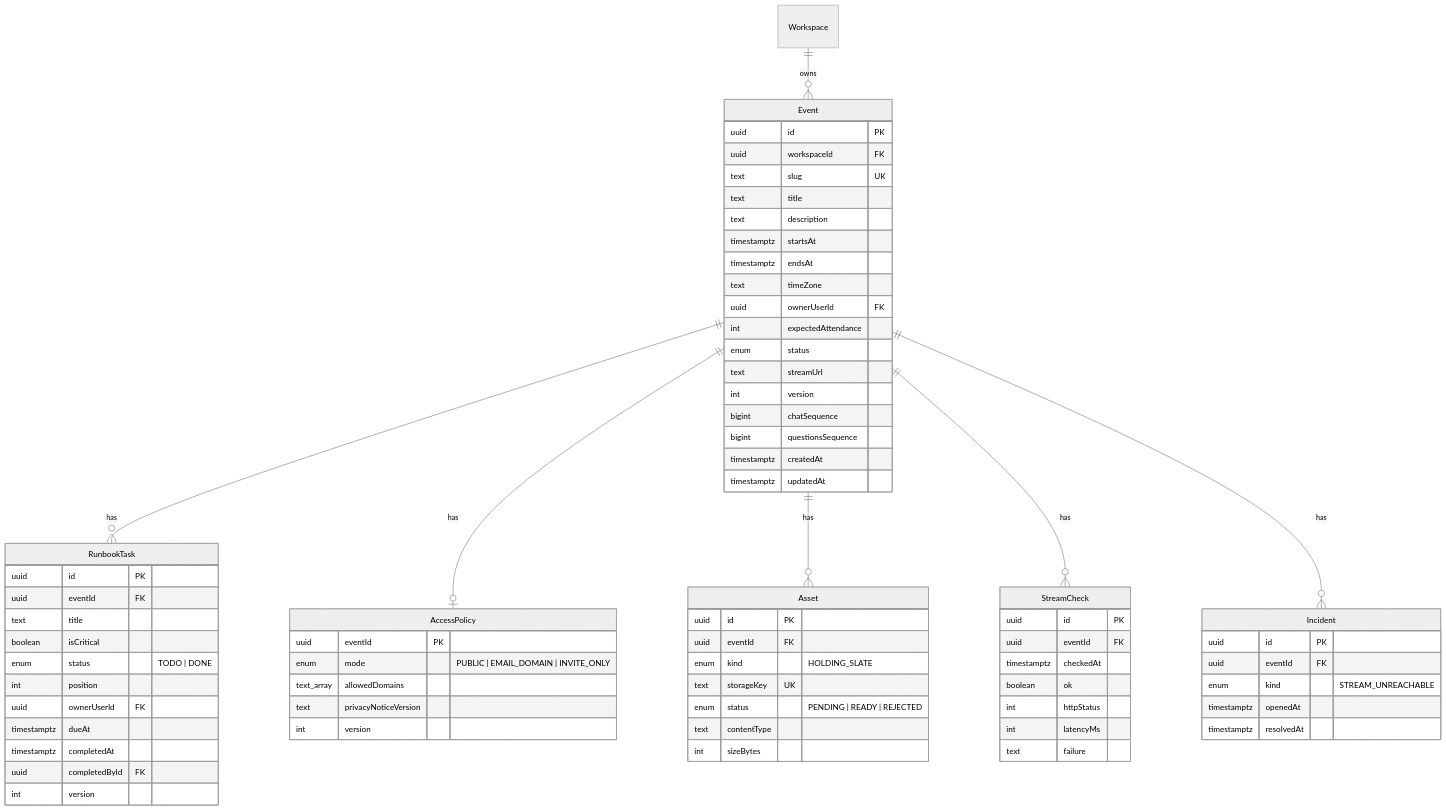
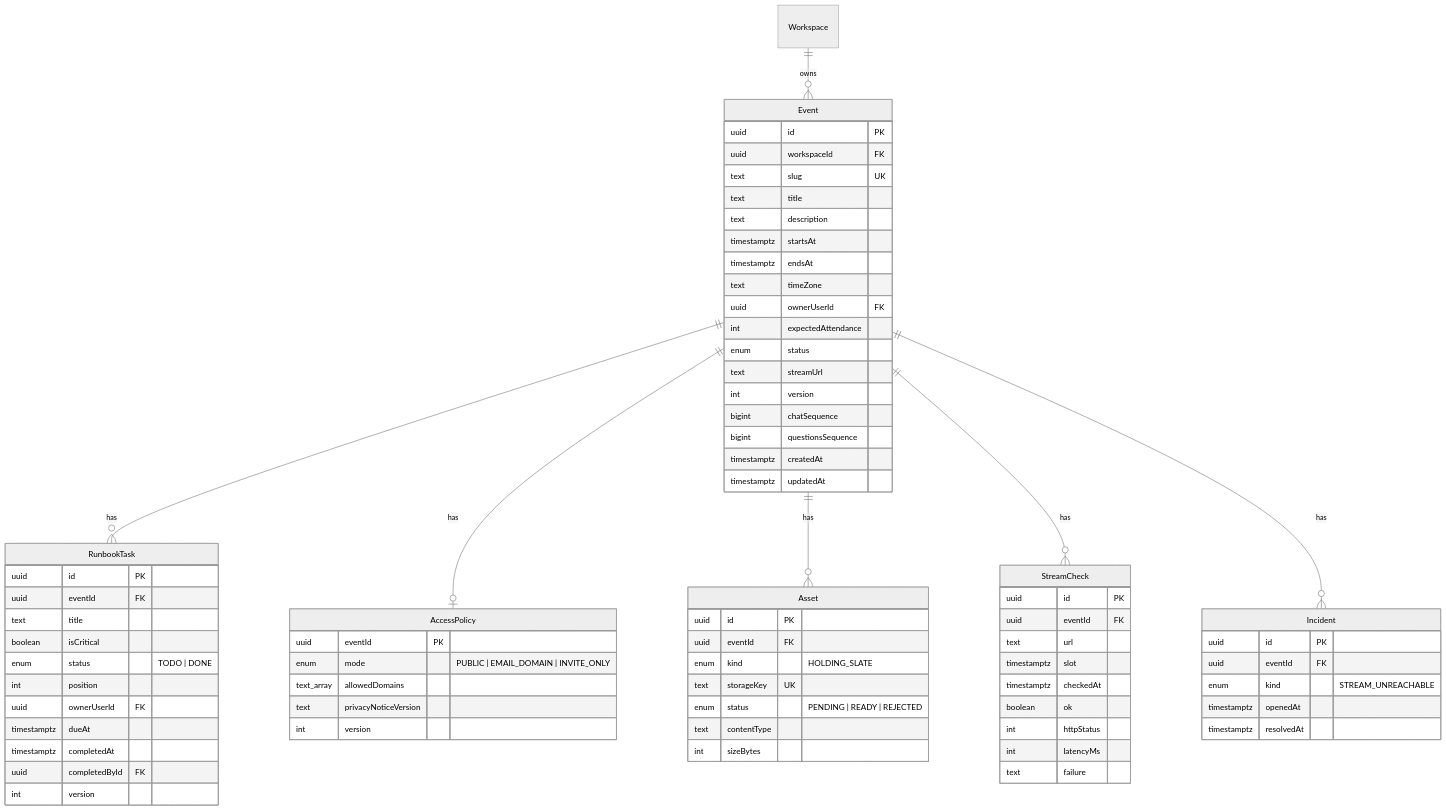
The third of 5 diagrams in docs/03-domain-and-data-model.md (zhanru-dev/GoLiveBoard), drawn with Mermaid (neutral theme) before and after one commit. The commit also changed other lines of this file and 54 other files, not shown here.

````diff
--- a/docs/03-domain-and-data-model.md
+++ b/docs/03-domain-and-data-model.md
@@ -121,74 +123,76 @@
 ```mermaid
 erDiagram
   Workspace ||--o{ Event : owns
   Event ||--o{ RunbookTask : has
   Event ||--o| AccessPolicy : has
   Event ||--o{ Asset : has
   Event ||--o{ StreamCheck : has
   Event ||--o{ Incident : has
 
   Event {
     uuid id PK
     uuid workspaceId FK
     text slug UK
     text title
     text description
     timestamptz startsAt
     timestamptz endsAt
     text timeZone
     uuid ownerUserId FK
     int expectedAttendance
     enum status
     text streamUrl
     int version
     bigint chatSequence
     bigint questionsSequence
     timestamptz createdAt
     timestamptz updatedAt
   }
   RunbookTask {
     uuid id PK
     uuid eventId FK
     text title
     boolean isCritical
     enum status "TODO | DONE"
     int position
     uuid ownerUserId FK
     timestamptz dueAt
     timestamptz completedAt
     uuid completedById FK
     int version
   }
   AccessPolicy {
     uuid eventId PK
     enum mode "PUBLIC | EMAIL_DOMAIN | INVITE_ONLY"
     text_array allowedDomains
     text privacyNoticeVersion
     int version
   }
   Asset {
     uuid id PK
     uuid eventId FK
     enum kind "HOLDING_SLATE"
     text storageKey UK
     enum status "PENDING | READY | REJECTED"
     text contentType
     int sizeBytes
   }
   StreamCheck {
     uuid id PK
     uuid eventId FK
+    text url
+    timestamptz slot
     timestamptz checkedAt
     boolean ok
     int httpStatus
     int latencyMs
     text failure
   }
   Incident {
     uuid id PK
     uuid eventId FK
     enum kind "STREAM_UNREACHABLE"
     timestamptz openedAt
     timestamptz resolvedAt
   }
 ```
````
